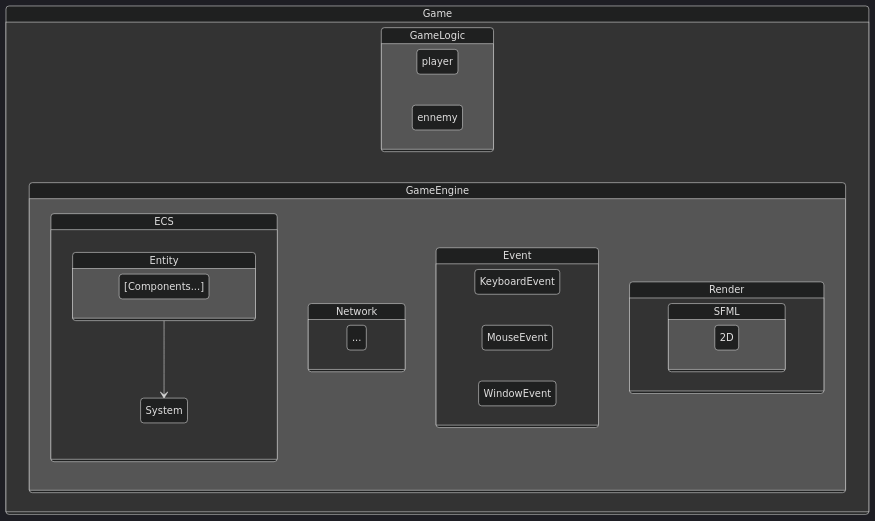
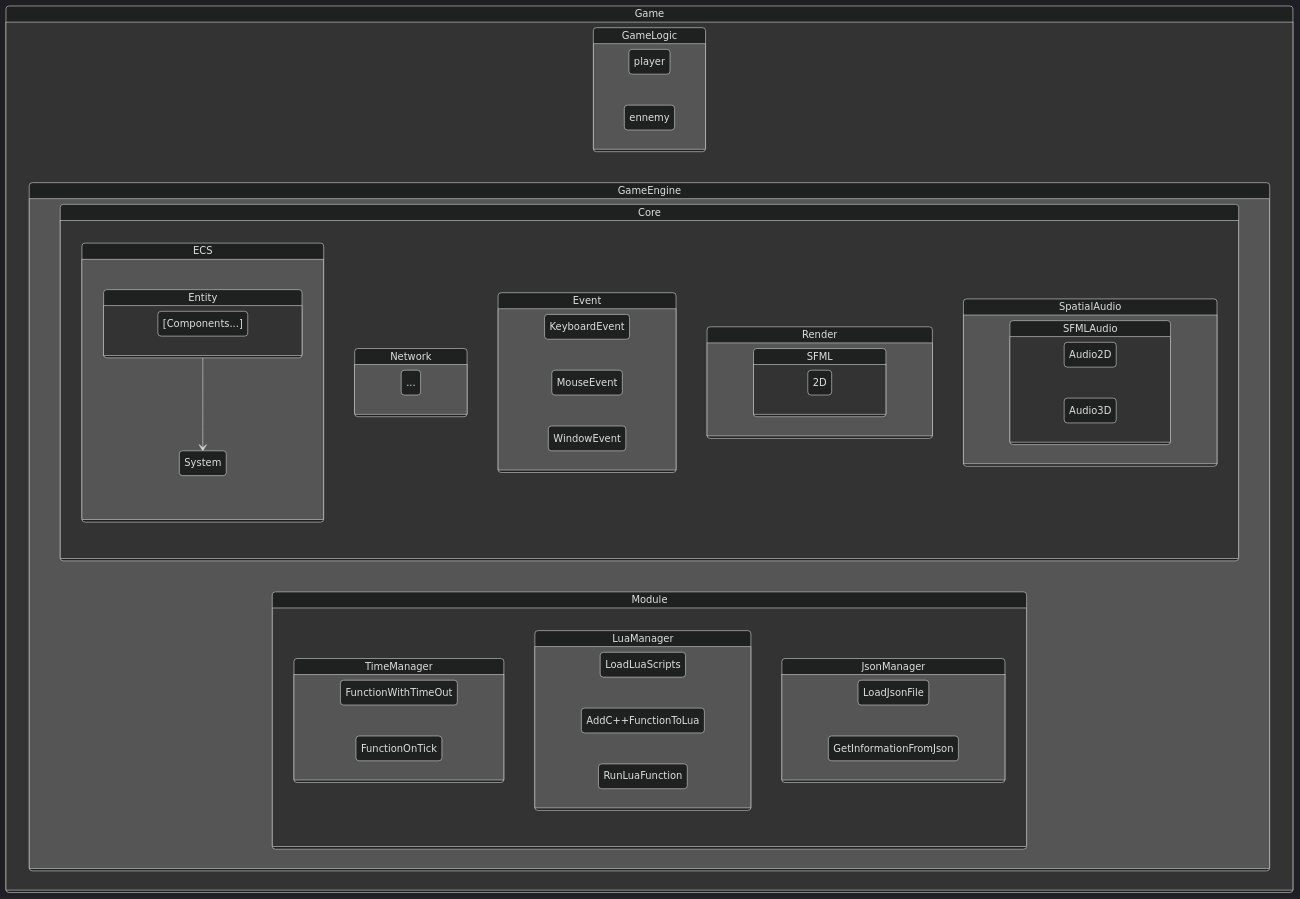
Before and after one commit to lennydelgado/AREA-Doc: the diagram in docs/GameEngine/gameEngine.md, drawn with Mermaid (dark theme).

Commit message:
Automated push: 2023-11-05 10:43:23 modification to doc website

````diff
--- a/docs/GameEngine/gameEngine.md
+++ b/docs/GameEngine/gameEngine.md
@@ -17,38 +17,67 @@
 ``` mermaid
 stateDiagram-v2
     state Game {
         direction LR
         state GameLogic {
             direction LR
             player
             ennemy
             ...
         }
         state GameEngine {
-            state ECS {
-                state Entity {
+            direction LR
+            state Core {
+                state ECS {
+                    state Entity {
+                        direction LR
+                        [Components...]
+                    }
+                    Entity --> System
+                }
+                state Network {
                     direction LR
-                    [Components...]
+                    ...
                 }
-                Entity --> System
+                state Event {
+                    direction LR
+                    KeyboardEvent
+                    MouseEvent
+                    WindowEvent
+                }
+                state Render {
+                    direction LR
+                    state SFML {
+                        direction LR
+                        2D
+                    }
+                }
+                state SpatialAudio {
+                    direction LR
+                    state SFMLAudio {
+                        direction LR
+                        Audio2D
+                        Audio3D
+                    }
+                }
             }
-            state Network {
-                direction LR
-                ...
-            }
-            state Event {
-                direction LR
-                KeyboardEvent
-                MouseEvent
-                WindowEvent
-            }
-            state Render {
-                direction LR
-                state SFML {
+            state Module {
+                state TimeManager {
                     direction LR
-                    2D
+                    FunctionWithTimeOut
+                    FunctionOnTick
+                }
+                state LuaManager {
+                    direction LR
+                    LoadLuaScripts
+                    AddC++FunctionToLua
+                    RunLuaFunction
+                }
+                state JsonManager {
+                    direction LR
+                    LoadJsonFile
+                    GetInformationFromJson
                 }
             }
         }
     }
 ```
````
